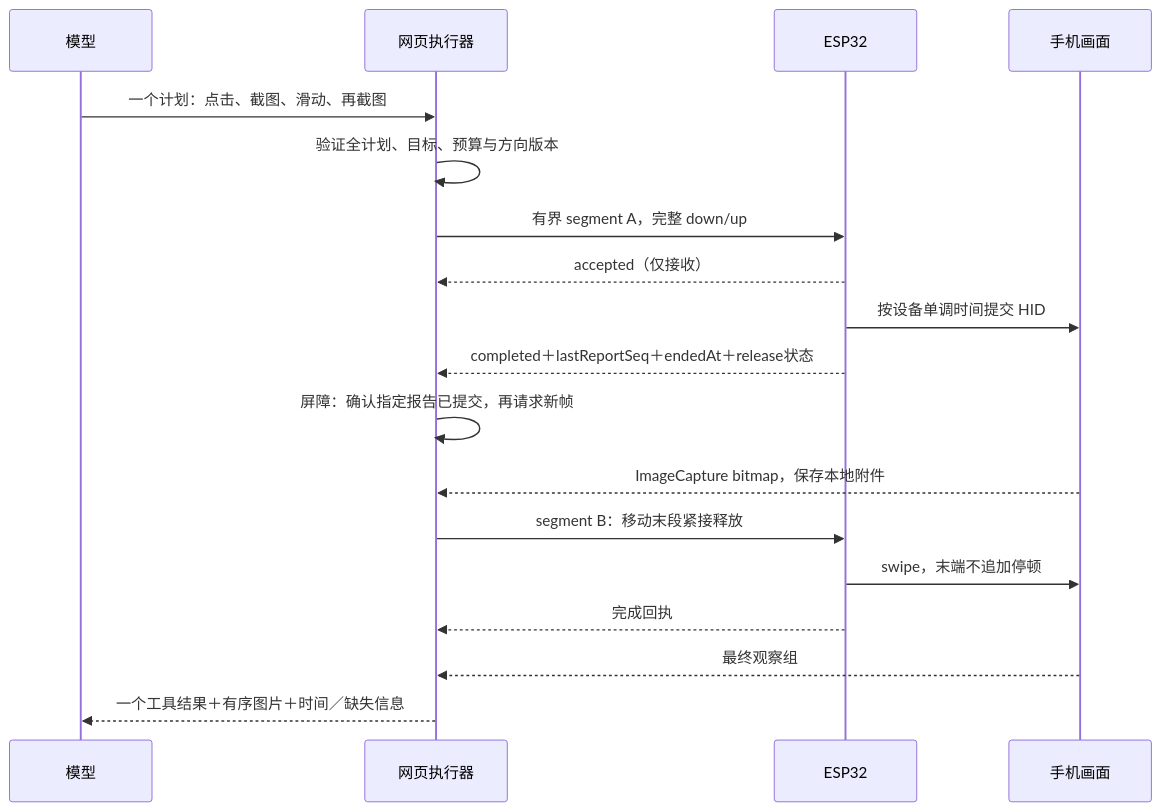
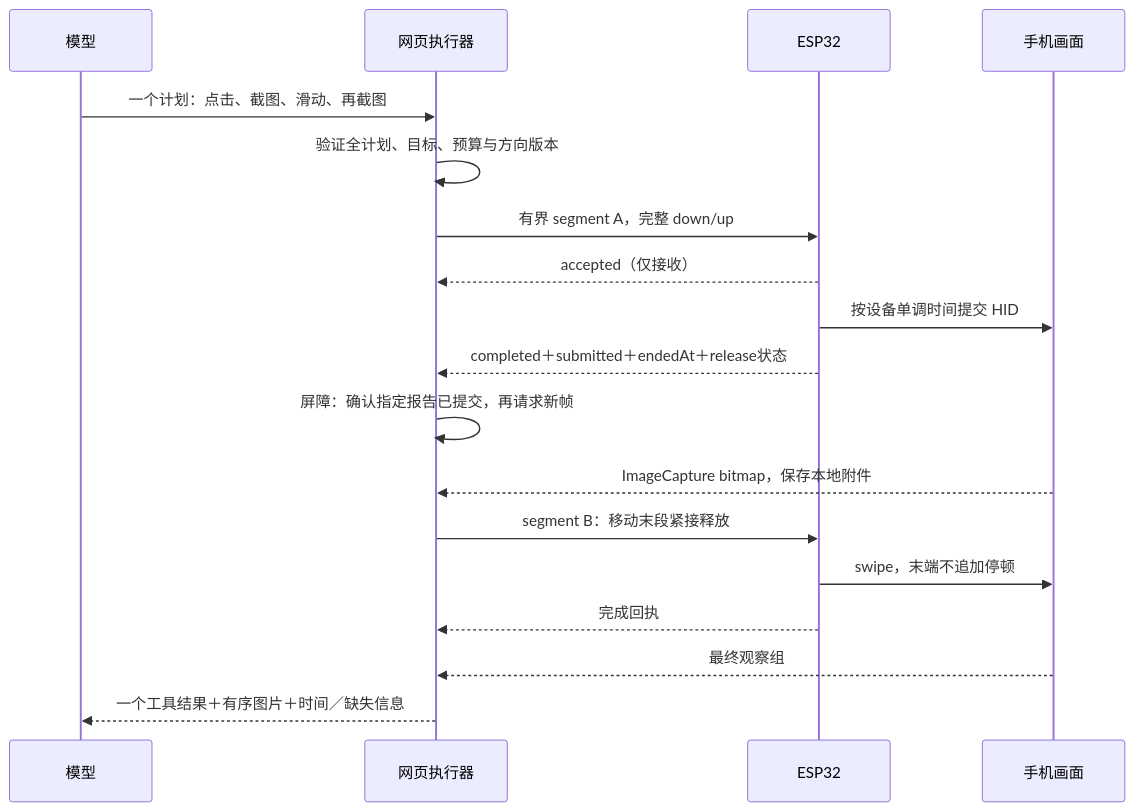
One commit to cccat6/iphone-agent-harness changed the third of 4 diagrams in docs/architecture/system-blueprint.md. Above: the diagram before and after it, drawn with Mermaid. The commit also changed other lines of this file and 263 other files, not shown here.

````diff
--- a/docs/architecture/system-blueprint.md
+++ b/docs/architecture/system-blueprint.md
@@ -88,20 +88,20 @@
 ```mermaid
 sequenceDiagram
   participant M as 模型
   participant W as 网页执行器
   participant E as ESP32
   participant P as 手机画面
   M->>W: 一个计划：点击、截图、滑动、再截图
   W->>W: 验证全计划、目标、预算与方向版本
   W->>E: 有界 segment A，完整 down/up
   E-->>W: accepted（仅接收）
   E->>P: 按设备单调时间提交 HID
-  E-->>W: completed＋lastReportSeq＋endedAt＋release状态
+  E-->>W: completed＋submitted＋endedAt＋release状态
   W->>W: 屏障：确认指定报告已提交，再请求新帧
   P-->>W: ImageCapture bitmap，保存本地附件
   W->>E: segment B：移动末段紧接释放
   E->>P: swipe，末端不追加停顿
   E-->>W: 完成回执
   P-->>W: 最终观察组
   W-->>M: 一个工具结果＋有序图片＋时间／缺失信息
 ```
````
